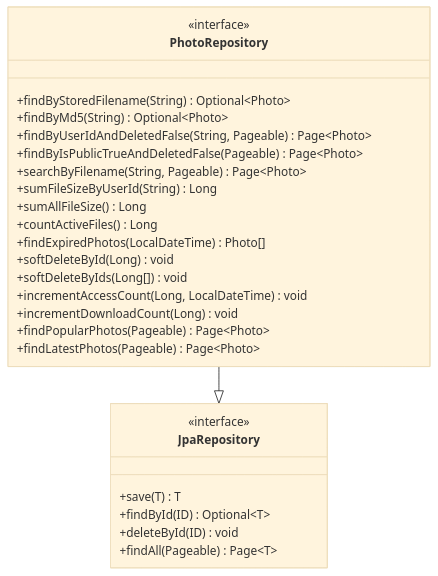
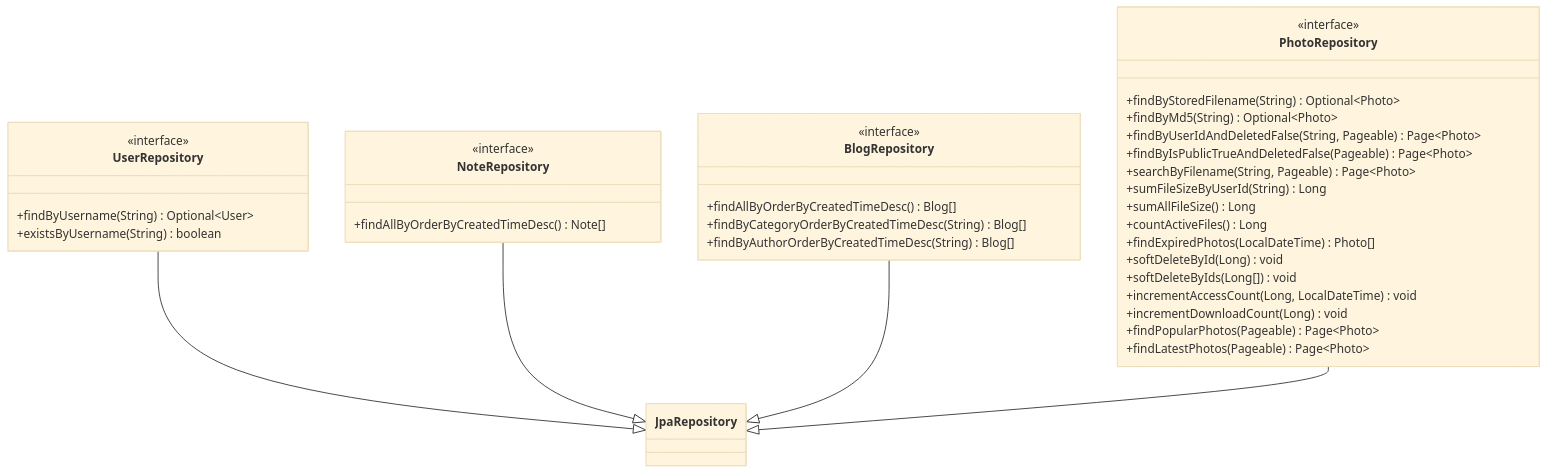
One commit to QoderZcy/zcyTest2 changed diagram 13 of 16 in .qoder/repowiki/zh/content/数据模型.md. Above: the diagram before and after it, drawn with Mermaid (base theme). The commit also changed other lines of this file and 9 other files, not shown here.

````diff
--- a/.qoder/repowiki/zh/content/数据模型.md
+++ b/.qoder/repowiki/zh/content/数据模型.md
@@ -308,29 +617,40 @@
 ```mermaid
 classDiagram
+class UserRepository {
+<<interface>>
++findByUsername(String) Optional~User~
++existsByUsername(String) boolean
+}
+class NoteRepository {
+<<interface>>
++findAllByOrderByCreatedTimeDesc() Note[]
+}
+class BlogRepository {
+<<interface>>
++findAllByOrderByCreatedTimeDesc() Blog[]
++findByCategoryOrderByCreatedTimeDesc(String) Blog[]
++findByAuthorOrderByCreatedTimeDesc(String) Blog[]
+}
 class PhotoRepository {
 <<interface>>
 +findByStoredFilename(String) Optional~Photo~
 +findByMd5(String) Optional~Photo~
 +findByUserIdAndDeletedFalse(String, Pageable) Page~Photo~
 +findByIsPublicTrueAndDeletedFalse(Pageable) Page~Photo~
 +searchByFilename(String, Pageable) Page~Photo~
 +sumFileSizeByUserId(String) Long
 +sumAllFileSize() Long
 +countActiveFiles() Long
 +findExpiredPhotos(LocalDateTime) Photo[]
 +softDeleteById(Long) void
 +softDeleteByIds(Long[]) void
 +incrementAccessCount(Long, LocalDateTime) void
 +incrementDownloadCount(Long) void
 +findPopularPhotos(Pageable) Page~Photo~
 +findLatestPhotos(Pageable) Page~Photo~
 }
-class JpaRepository {
-<<interface>>
-+save(T) T
-+findById(ID) Optional~T~
-+deleteById(ID) void
-+findAll(Pageable) Page~T~
-}
+UserRepository --|> JpaRepository
+NoteRepository --|> JpaRepository
+BlogRepository --|> JpaRepository
 PhotoRepository --|> JpaRepository
 ```
````
